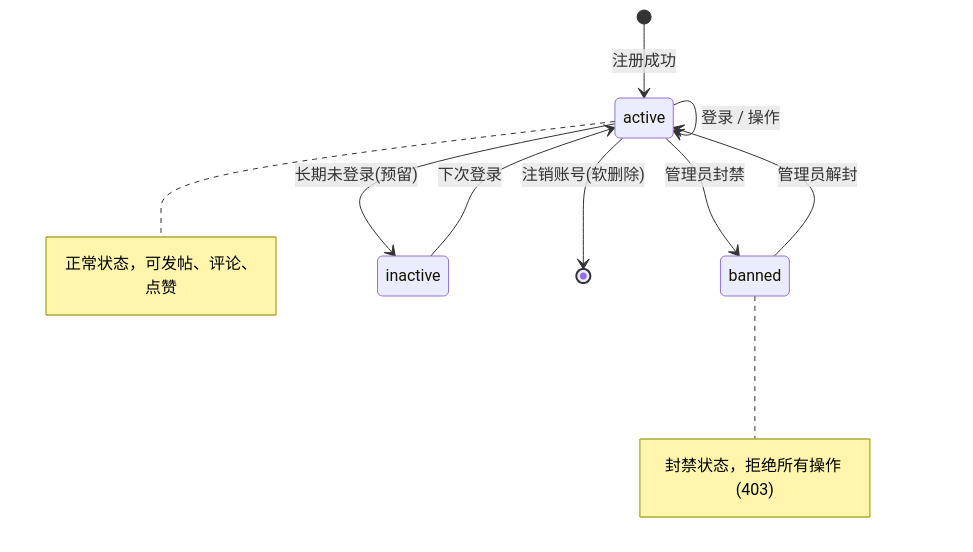
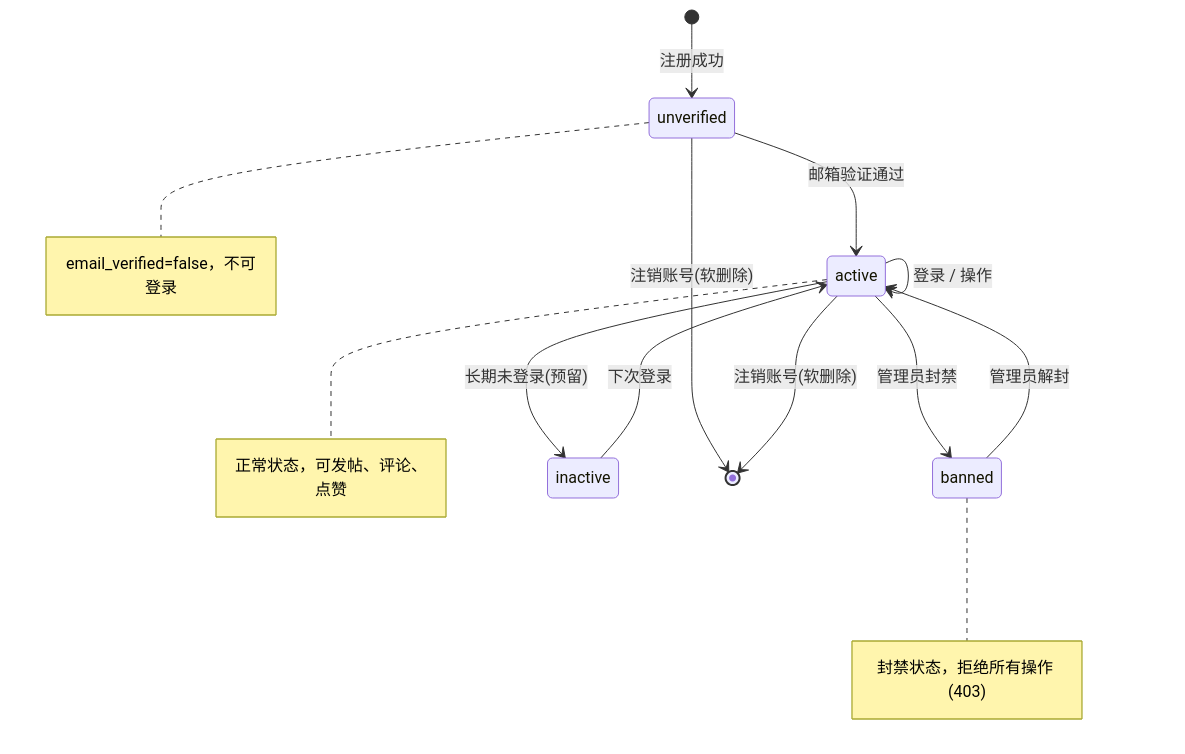
One commit to Nek0Charm/Campus-Bulletin-Board-System changed the fourth of 8 diagrams in docs/RequirementAnalysis.md. Above: the diagram before and after it, drawn with Mermaid. The commit also changed other lines of this file and 3 other files, not shown here.

````diff
--- a/docs/RequirementAnalysis.md
+++ b/docs/RequirementAnalysis.md
@@ -367,12 +377,15 @@
 ```mermaid
 stateDiagram-v2
-    [*] --> active: 注册成功
+    [*] --> unverified: 注册成功
+    unverified --> active: 邮箱验证通过
     active --> active: 登录 / 操作
     active --> banned: 管理员封禁
     active --> inactive: 长期未登录(预留)
     banned --> active: 管理员解封
     inactive --> active: 下次登录
+    unverified --> [*]: 注销账号(软删除)
     active --> [*]: 注销账号(软删除)
+    note right of unverified: email_verified=false，不可登录
     note right of active: 正常状态，可发帖、评论、点赞
     note right of banned: 封禁状态，拒绝所有操作 (403)
 ```
````
